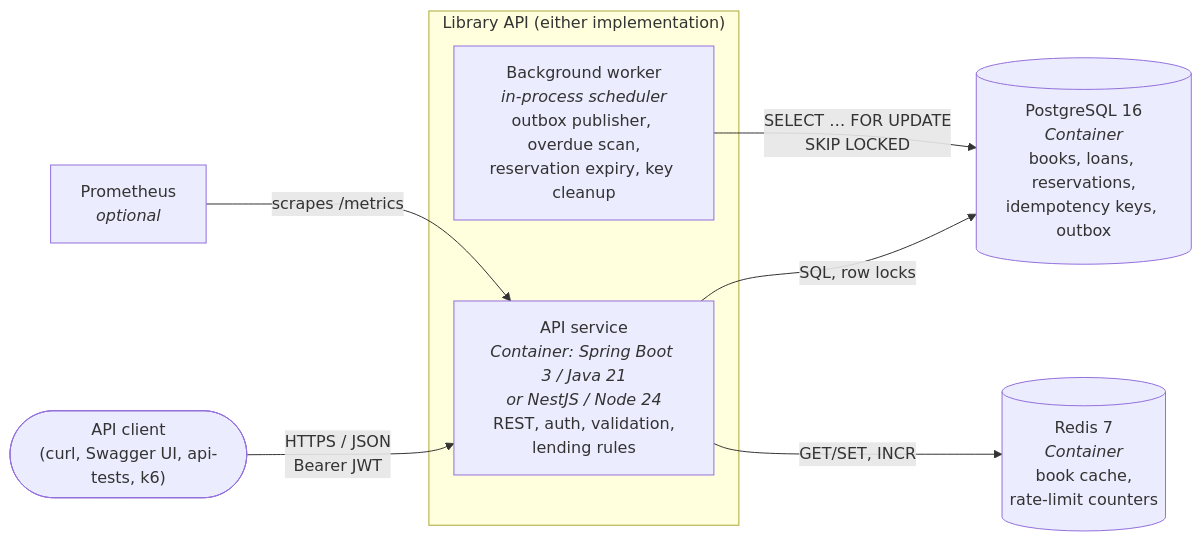
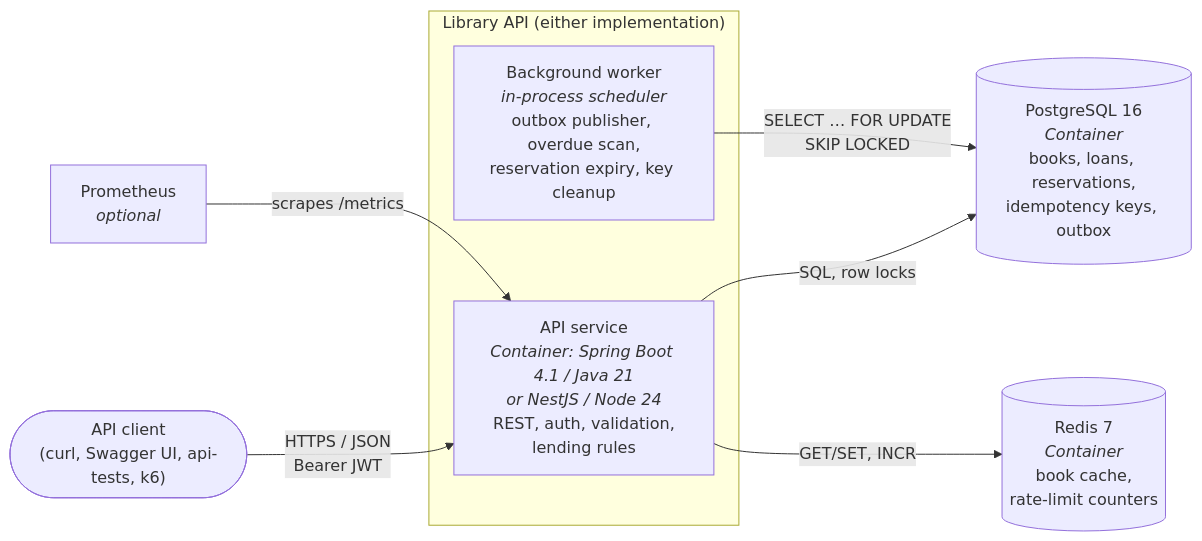
Before and after one commit to AleksandarStojanovic91/library-api: the first of 2 diagrams in README.md, drawn with Mermaid. The commit also changed other lines of this file and 11 other files, not shown here.

````diff
--- a/README.md
+++ b/README.md
@@ -129,19 +167,19 @@
 ```mermaid
 flowchart LR
     client(["API client<br/>(curl, Swagger UI, api-tests, k6)"])
 
     subgraph system["Library API (either implementation)"]
-        api["API service<br/><i>Container: Spring Boot 3 / Java 21<br/>or NestJS / Node 24</i><br/>REST, auth, validation,<br/>lending rules"]
+        api["API service<br/><i>Container: Spring Boot 4.1 / Java 21<br/>or NestJS / Node 24</i><br/>REST, auth, validation,<br/>lending rules"]
         worker["Background worker<br/><i>in-process scheduler</i><br/>outbox publisher, overdue scan,<br/>reservation expiry, key cleanup"]
     end
 
     pg[("PostgreSQL 16<br/><i>Container</i><br/>books, loans, reservations,<br/>idempotency keys, outbox")]
     redis[("Redis 7<br/><i>Container</i><br/>book cache,<br/>rate-limit counters")]
     prom["Prometheus<br/><i>optional</i>"]
 
     client -- "HTTPS / JSON<br/>Bearer JWT" --> api
     api -- "SQL, row locks" --> pg
     api -- "GET/SET, INCR" --> redis
     worker -- "SELECT … FOR UPDATE<br/>SKIP LOCKED" --> pg
     prom -- "scrapes /metrics" --> api
 ```
````
